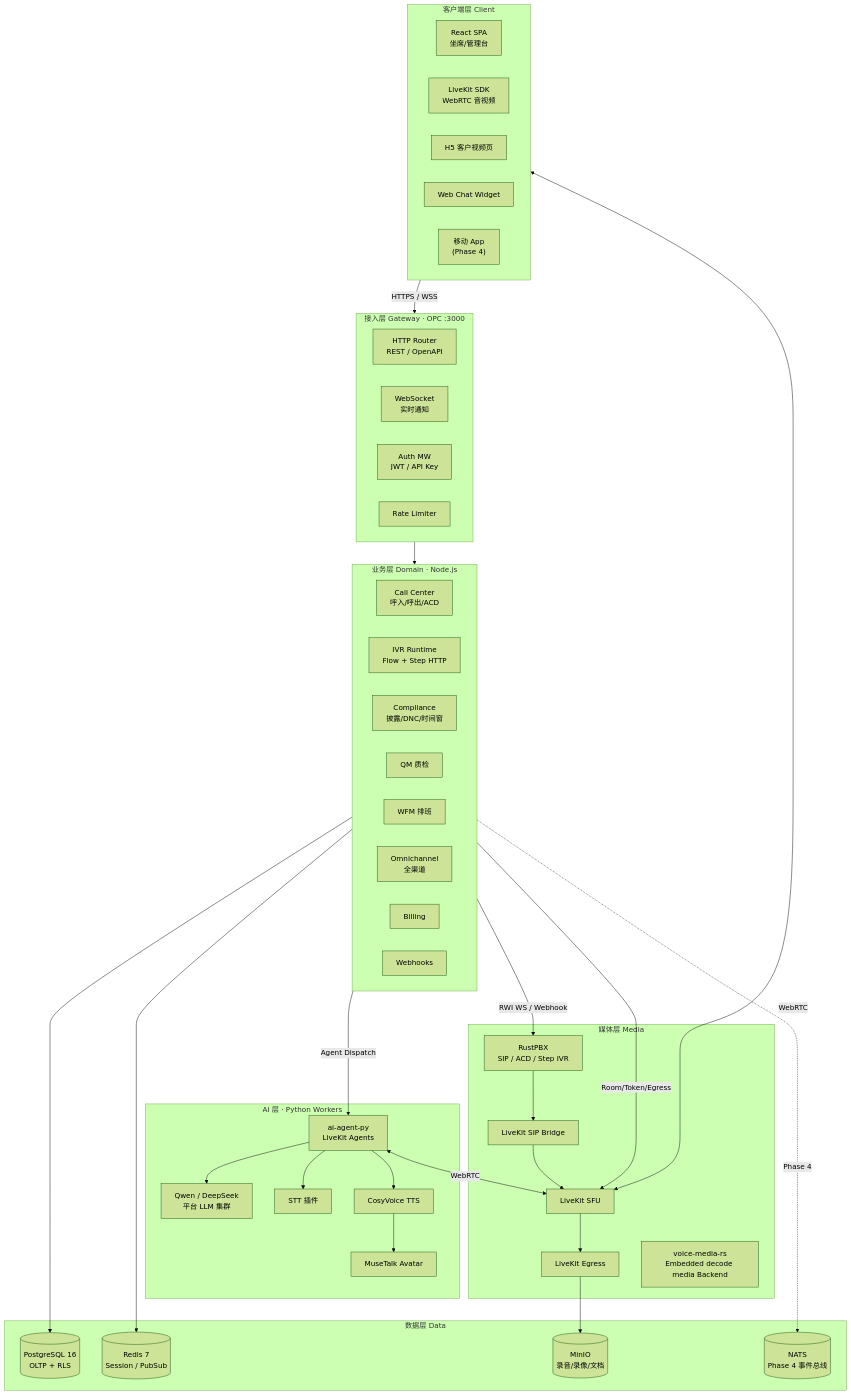
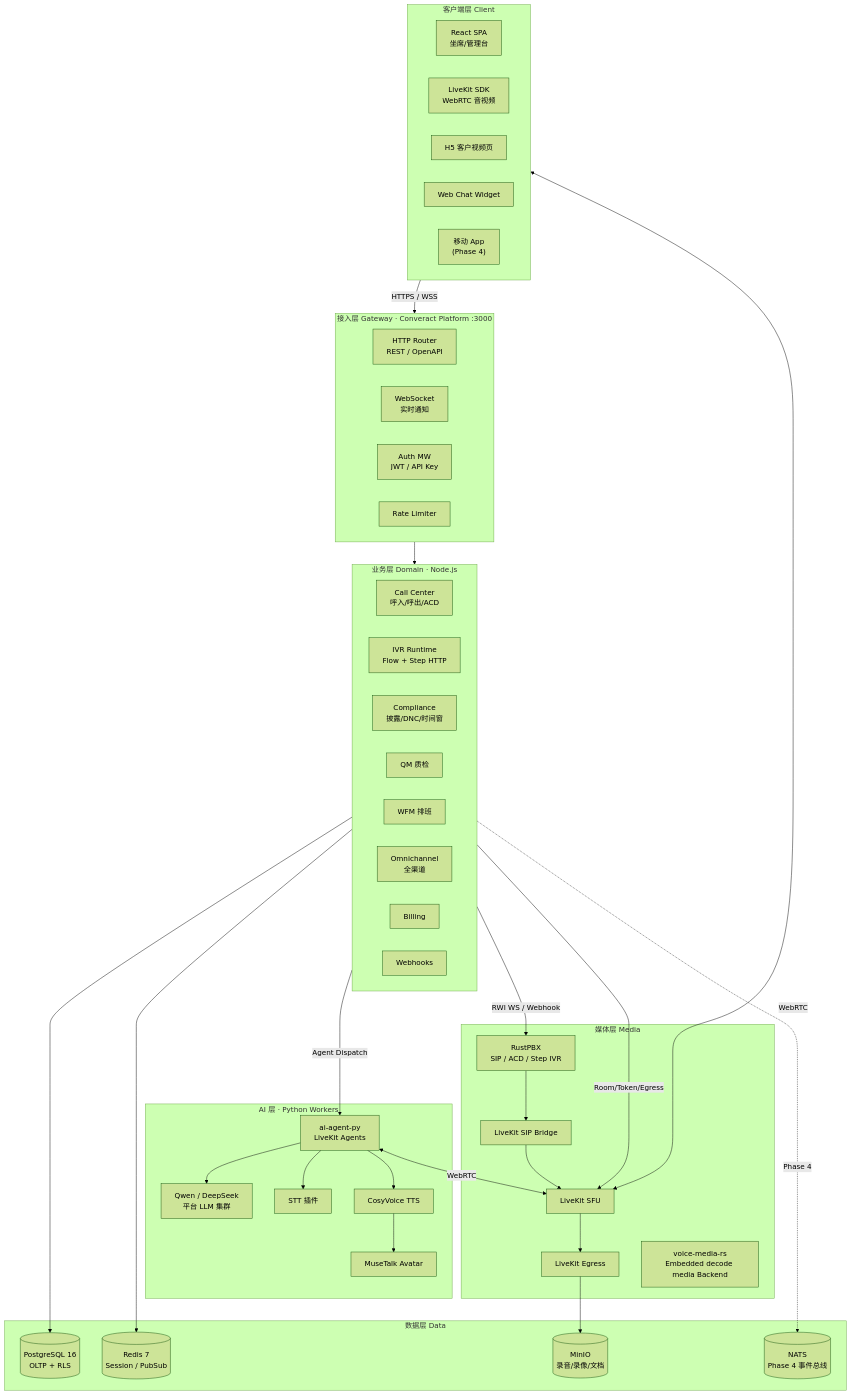
The third of 16 diagrams in docs/design/super-contact-center-platform-vision.md (songgoldenwind-crypto/converact-platform), drawn with Mermaid (forest theme) before and after one commit. The commit also changed other lines of this file and 1807 other files, not shown here.

````diff
--- a/docs/design/super-contact-center-platform-vision.md
+++ b/docs/design/super-contact-center-platform-vision.md
@@ -657,66 +657,66 @@
 ```mermaid
 flowchart TB
   subgraph Client["客户端层 Client"]
     SPA["React SPA<br/>坐席/管理台"]
     LK_SDK["LiveKit SDK<br/>WebRTC 音视频"]
     H5["H5 客户视频页"]
     Widget["Web Chat Widget"]
     Mobile["移动 App<br/>(Phase 4)"]
   end
 
-  subgraph Gateway["接入层 Gateway · OPC :3000"]
+  subgraph Gateway["接入层 Gateway · Converact Platform :3000"]
     HTTP["HTTP Router<br/>REST / OpenAPI"]
     WS["WebSocket<br/>实时通知"]
     Auth["Auth MW<br/>JWT / API Key"]
     RL["Rate Limiter"]
   end
 
   subgraph Domain["业务层 Domain · Node.js"]
     CC["Call Center<br/>呼入/呼出/ACD"]
     IVR["IVR Runtime<br/>Flow + Step HTTP"]
     COMP["Compliance<br/>披露/DNC/时间窗"]
     QM["QM 质检"]
     WFM["WFM 排班"]
     OMNI["Omnichannel<br/>全渠道"]
     BILL["Billing"]
     WH["Webhooks"]
   end
 
   subgraph AI["AI 层 · Python Workers"]
     AGT["ai-agent-py<br/>LiveKit Agents"]
     LLM["Qwen / DeepSeek<br/>平台 LLM 集群"]
     STT["STT 插件"]
     TTS["CosyVoice TTS"]
     AV["MuseTalk Avatar"]
   end
 
   subgraph Media["媒体层 Media"]
     RPBX["RustPBX<br/>SIP / ACD / Step IVR"]
     LK["LiveKit SFU"]
     SIPB["LiveKit SIP Bridge"]
     EGR["LiveKit Egress"]
     VMR["voice-media-rs<br/>Embedded decode media Backend"]
   end
 
   subgraph Data["数据层 Data"]
     PG[("PostgreSQL 16<br/>OLTP + RLS")]
     RD[("Redis 7<br/>Session / PubSub")]
     S3[("MinIO<br/>录音/录像/文档")]
     NATS[("NATS<br/>Phase 4 事件总线")]
   end
 
   Client -->|HTTPS / WSS| Gateway
   Gateway --> Domain
   Domain --> PG
   Domain --> RD
   Domain -->|Agent Dispatch| AGT
   Domain -->|RWI WS / Webhook| RPBX
   Domain -->|Room/Token/Egress| LK
   AGT --> LLM & STT & TTS
   TTS --> AV
   AGT <-->|WebRTC| LK
   RPBX --> SIPB --> LK
   LK --> EGR --> S3
   Client <-->|WebRTC| LK
   Domain -.->|Phase 4| NATS
 ```
````
